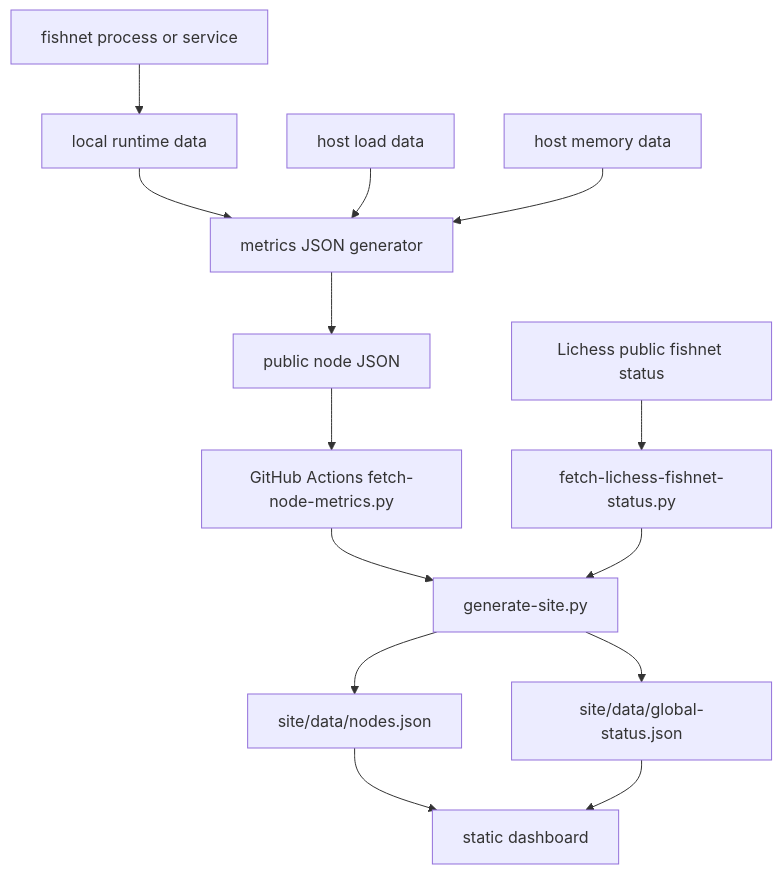
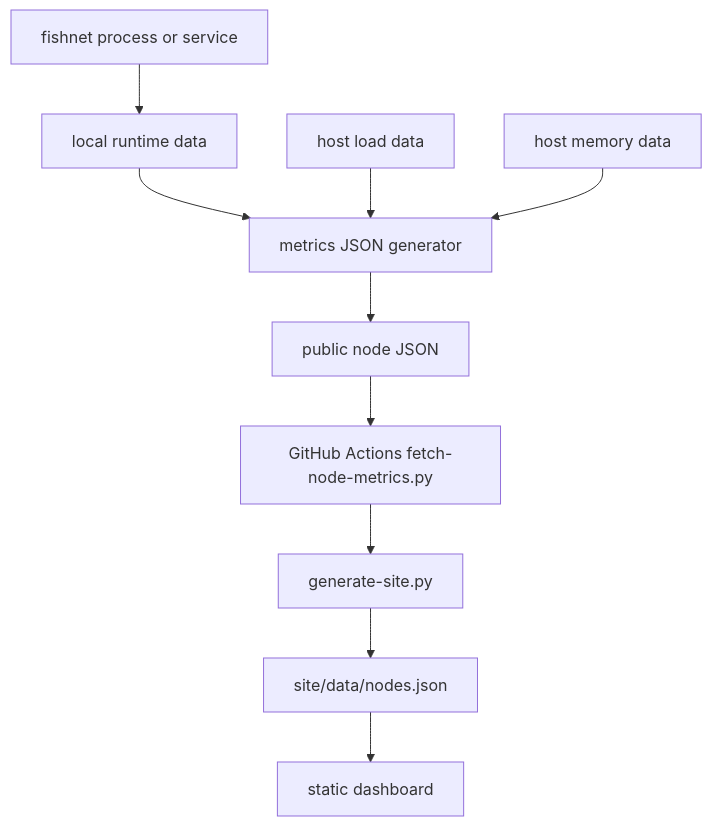
The third of 3 diagrams in docs/architecture-v0.md (sancahs/idlefish), drawn with Mermaid before and after one commit. The commit also changed other lines of this file and 10 other files, not shown here.

Commit message:
Remove global fishnet status panel

````diff
--- a/docs/architecture-v0.md
+++ b/docs/architecture-v0.md
@@ -94,16 +86,12 @@
 ```mermaid
 flowchart TD
   A["fishnet process or service"] --> B["local runtime data"]
   B --> C["metrics JSON generator"]
   D["host load data"] --> C
   E["host memory data"] --> C
   C --> F["public node JSON"]
   F --> G["GitHub Actions fetch-node-metrics.py"]
-  H["Lichess public fishnet status"] --> I["fetch-lichess-fishnet-status.py"]
   G --> J["generate-site.py"]
-  I --> J
   J --> K["site/data/nodes.json"]
-  J --> L["site/data/global-status.json"]
   K --> M["static dashboard"]
-  L --> M
 ```
````
